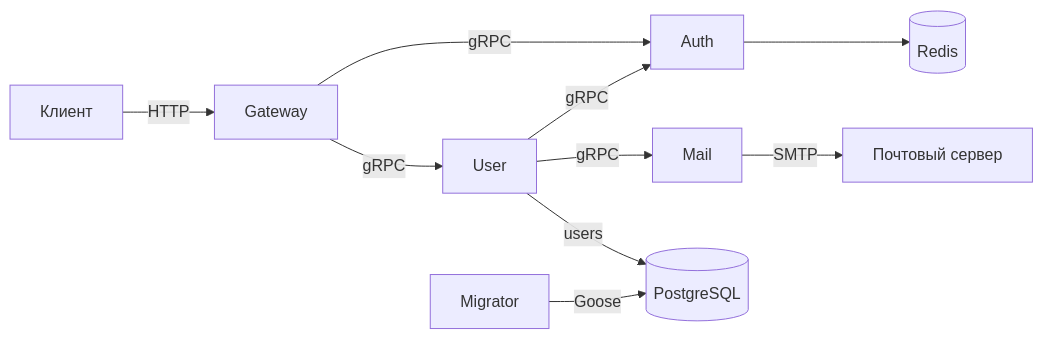
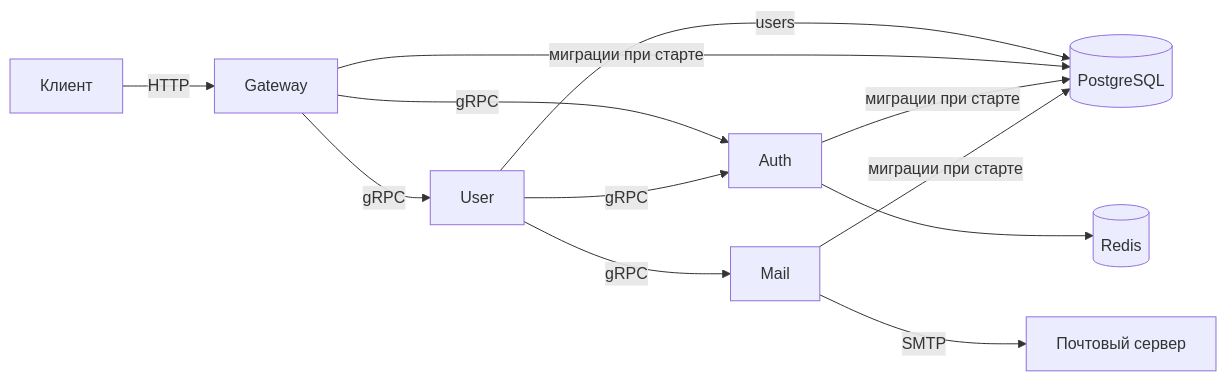
One commit to HSE-Scientists-Team/matchlab-backend changed the second of 2 diagrams in README.md. Above: the diagram before and after it, drawn with Mermaid. The commit also changed other lines of this file and 46 other files, not shown here.

````diff
--- a/README.md
+++ b/README.md
@@ -46,12 +45,14 @@
 ```mermaid
 flowchart LR
     Client[Клиент] -->|HTTP| Gateway
     Gateway -->|gRPC| User
     Gateway -->|gRPC| Auth
     User -->|gRPC| Auth
     User -->|gRPC| Mail
     User -->|users| PostgreSQL[(PostgreSQL)]
-    Migrator[Migrator] -->|Goose| PostgreSQL
+    Gateway -->|миграции при старте| PostgreSQL
+    Auth -->|миграции при старте| PostgreSQL
+    Mail -->|миграции при старте| PostgreSQL
     Auth --> Redis[(Redis)]
     Mail -->|SMTP| SMTP[Почтовый сервер]
 ```
````
